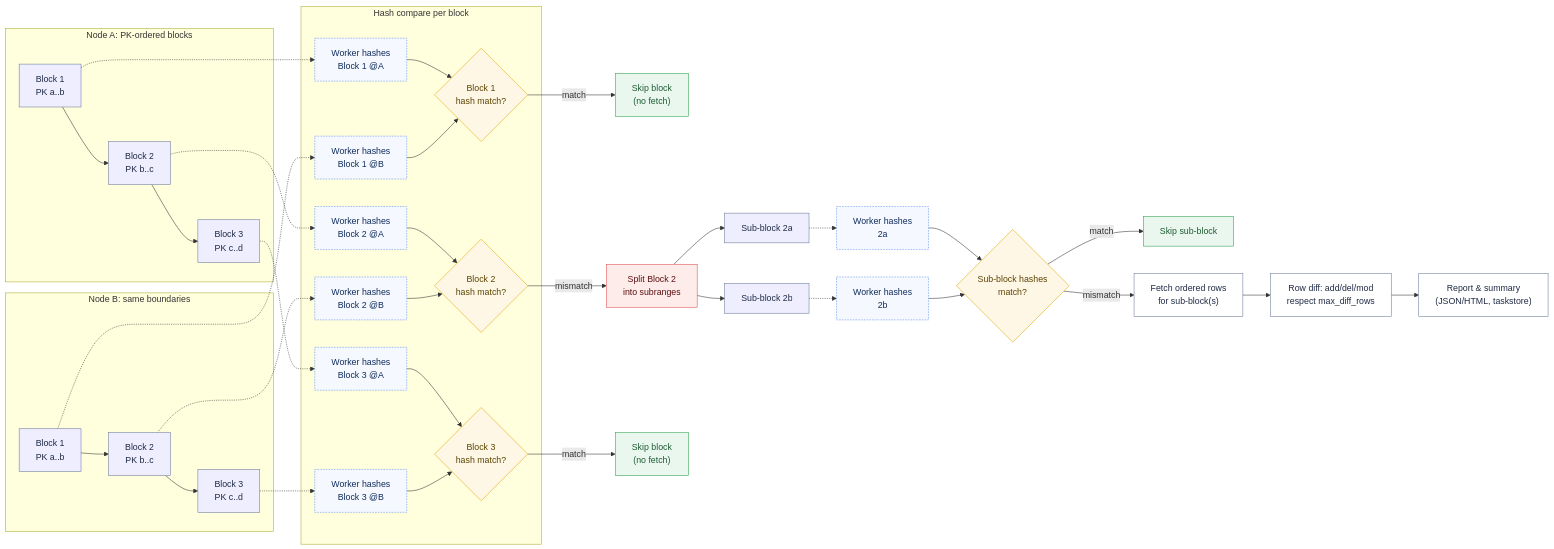
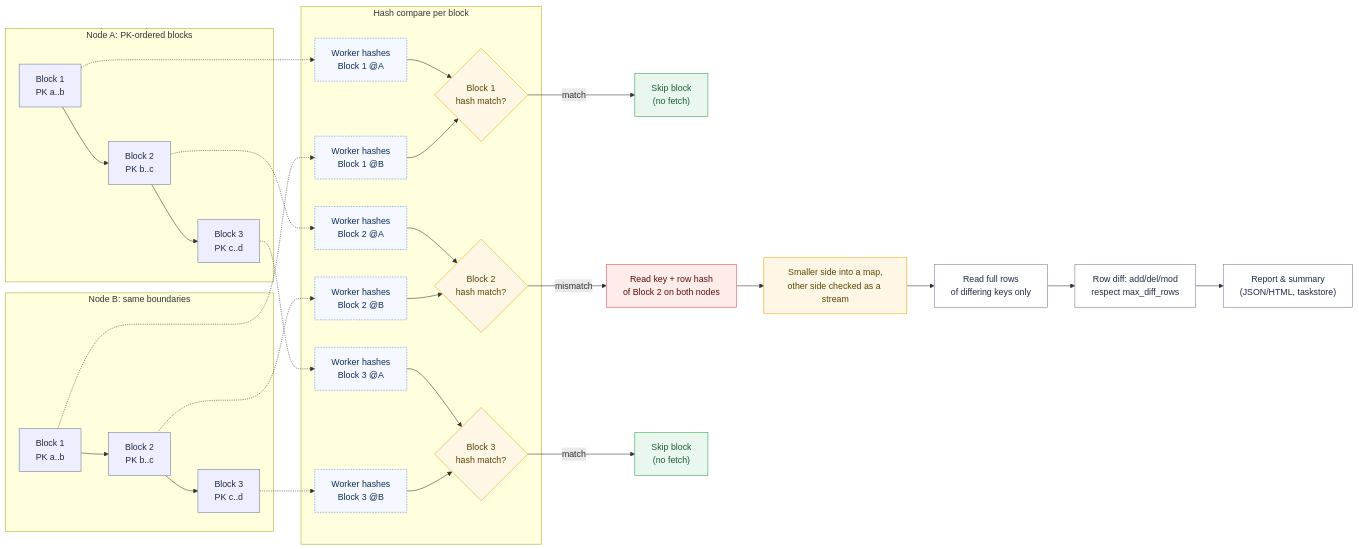
One commit to pgEdge/ace changed the first of 3 diagrams in docs/design/table_diff.md. Above: the diagram before and after it, drawn with Mermaid. The commit also changed other lines of this file and 33 other files, not shown here.

````diff
--- a/docs/design/table_diff.md
+++ b/docs/design/table_diff.md
@@ -25,62 +25,53 @@
 ```mermaid
 flowchart LR
 
   %% Styles
   classDef blk fill:#eef,stroke:#6b7a99,color:#1f2a44;
   classDef worker fill:#f5f9ff,stroke:#5b8def,stroke-dasharray:3 2,color:#0f2b5b;
   classDef cmp fill:#fff7e6,stroke:#e0a800,color:#5a4300;
   classDef split fill:#fdecea,stroke:#de4c4c,color:#5b0f0f;
   classDef skip fill:#e9f7ef,stroke:#2ca24c,color:#1f5b32;
   classDef fetch fill:#ffffff,stroke:#6b7a99,color:#1f2a44;
   classDef diff fill:#ffffff,stroke:#6b7a99,color:#1f2a44;
   classDef report fill:#ffffff,stroke:#6b7a99,color:#1f2a44;
 
   %% Blocks on Node A
   subgraph Blocks_NodeA["Node A: PK-ordered blocks"]
     A1["Block 1<br>PK a..b"]:::blk --> A2["Block 2<br>PK b..c"]:::blk --> A3["Block 3<br>PK c..d"]:::blk
   end
 
   %% Blocks on Node B
   subgraph Blocks_NodeB["Node B: same boundaries"]
     B1["Block 1<br>PK a..b"]:::blk --> B2["Block 2<br>PK b..c"]:::blk --> B3["Block 3<br>PK c..d"]:::blk
   end
 
   %% Hashing in parallel
   A1 -.-> WA1["Worker hashes<br>Block 1 @A"]:::worker
   B1 -.-> WB1["Worker hashes<br>Block 1 @B"]:::worker
   A2 -.-> WA2["Worker hashes<br>Block 2 @A"]:::worker
   B2 -.-> WB2["Worker hashes<br>Block 2 @B"]:::worker
   A3 -.-> WA3["Worker hashes<br>Block 3 @A"]:::worker
   B3 -.-> WB3["Worker hashes<br>Block 3 @B"]:::worker
 
   %% Hash compare per block
   subgraph CompareQ["Hash compare per block"]
     WA1 --> C1{"Block 1<br>hash match?"}:::cmp
     WB1 --> C1
     WA2 --> C2{"Block 2<br>hash match?"}:::cmp
     WB2 --> C2
     WA3 --> C3{"Block 3<br>hash match?"}:::cmp
     WB3 --> C3
   end
 
   %% Block-level decisions
   C1 -->|match| S1["Skip block<br>(no fetch)"]:::skip
-  C2 -->|mismatch| Split2["Split Block 2<br>into subranges"]:::split
+  C2 -->|mismatch| Keys2["Read key + row hash<br>of Block 2 on both nodes"]:::split
   C3 -->|match| S3["Skip block<br>(no fetch)"]:::skip
 
-  %% Recursive path for mismatched block
-  Split2 --> SA["Sub-block 2a"]:::blk
-  Split2 --> SB["Sub-block 2b"]:::blk
-
-  SA -.-> WSA["Worker hashes<br>2a"]:::worker
-  SB -.-> WSB["Worker hashes<br>2b"]:::worker
-
-  WSA --> RC2{"Sub-block hashes<br>match?"}:::cmp
-  WSB --> RC2
-
-  RC2 -->|match| RS2["Skip sub-block"]:::skip
-  RC2 -->|mismatch| Fetch2["Fetch ordered rows<br>for sub-block(s)"]:::fetch
+  %% Key map path for mismatched block
+  Keys2 --> Map2["Smaller side into a map,<br>other side checked as a stream"]:::cmp
+  Map2 --> Fetch2["Read full rows<br>of differing keys only"]:::fetch
 
   Fetch2 --> Diff2["Row diff: add/del/mod<br>respect max_diff_rows"]:::diff
   Diff2 --> Report["Report & summary<br>(JSON/HTML, taskstore)"]:::report
 ```
````
